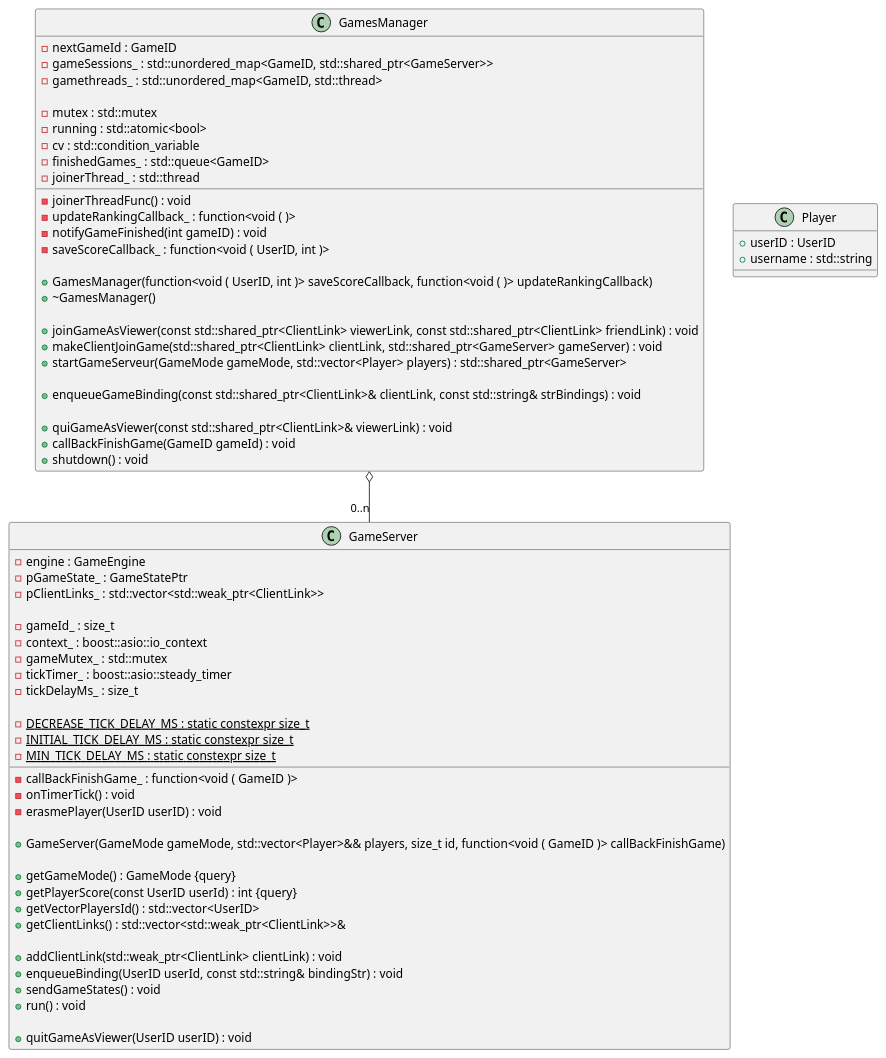
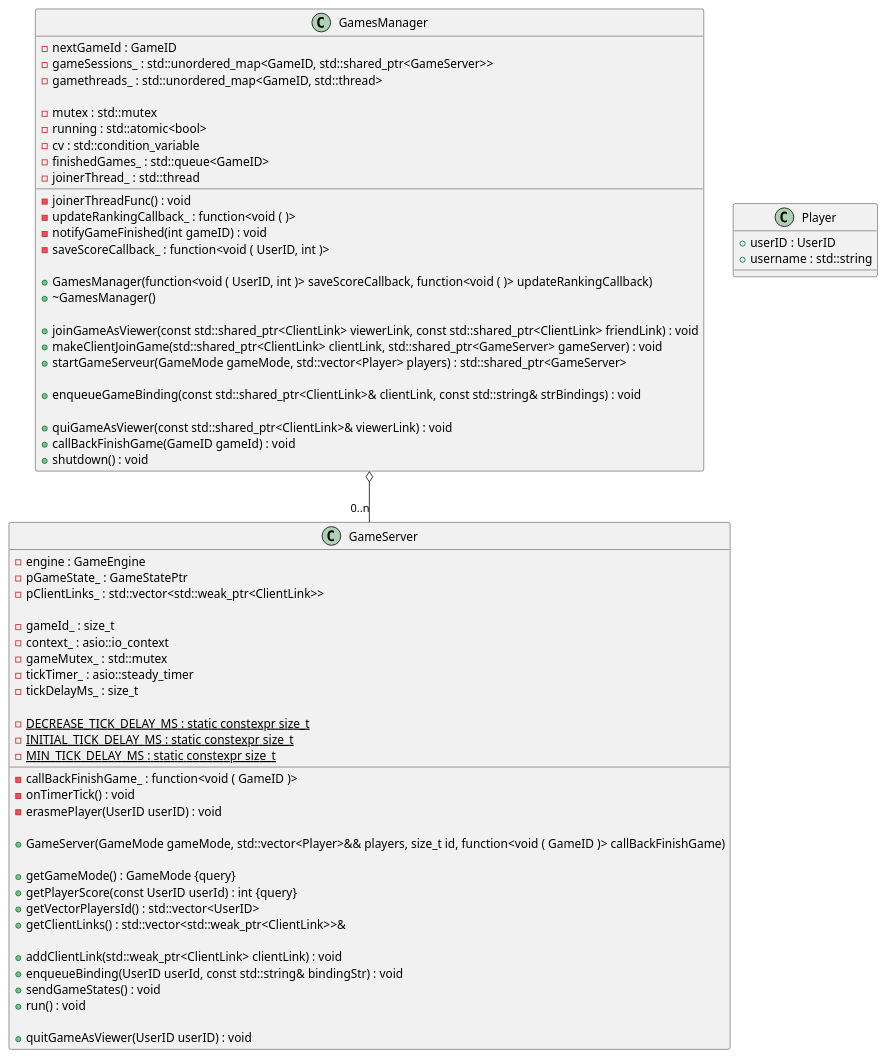
One commit to ulb-info2-group5/Royal-Blocks changed the diagram in doc/uml/class/server/GameServerClass.plantuml. Above: the diagram before and after it, drawn with PlantUML. The commit also changed 26 other files, not shown here.

Commit message:
use asio instead of boost.asio and FetchContent asio

```diff
--- a/doc/uml/class/server/GameServerClass.plantuml
+++ b/doc/uml/class/server/GameServerClass.plantuml
@@ -1,92 +1,92 @@
 @startuml GameServerClass
 
 
 
 
 
 /' Objects '/
 class GamesManager {
 	-nextGameId : GameID
 	-gameSessions_ : std::unordered_map<GameID, std::shared_ptr<GameServer>>
 	-gamethreads_ : std::unordered_map<GameID, std::thread>
 
 	-mutex : std::mutex
 	-running : std::atomic<bool>
 	-cv : std::condition_variable
 	-finishedGames_ : std::queue<GameID>
 	-joinerThread_ : std::thread
 
 	-joinerThreadFunc() : void
 	-updateRankingCallback_ : function<void ( )>
 	-notifyGameFinished(int gameID) : void
 	-saveScoreCallback_ : function<void ( UserID, int )>
 
 	+GamesManager(function<void ( UserID, int )> saveScoreCallback, function<void ( )> updateRankingCallback)
 	+~GamesManager()
 
 	+joinGameAsViewer(const std::shared_ptr<ClientLink> viewerLink, const std::shared_ptr<ClientLink> friendLink) : void
 	+makeClientJoinGame(std::shared_ptr<ClientLink> clientLink, std::shared_ptr<GameServer> gameServer) : void
 	+startGameServeur(GameMode gameMode, std::vector<Player> players) : std::shared_ptr<GameServer>
 
 	+enqueueGameBinding(const std::shared_ptr<ClientLink>& clientLink, const std::string& strBindings) : void
 
 	+quiGameAsViewer(const std::shared_ptr<ClientLink>& viewerLink) : void
 	+callBackFinishGame(GameID gameId) : void
 	+shutdown() : void
 }
 
 class GameServer {
 	-engine : GameEngine
 	-pGameState_ : GameStatePtr
 	-pClientLinks_ : std::vector<std::weak_ptr<ClientLink>>
 
 	-gameId_ : size_t
-	-context_ : boost::asio::io_context
+	-context_ : asio::io_context
 	-gameMutex_ : std::mutex
-	-tickTimer_ : boost::asio::steady_timer
+	-tickTimer_ : asio::steady_timer
 	-tickDelayMs_ : size_t
 
 	-{static} DECREASE_TICK_DELAY_MS : static constexpr size_t
 	-{static} INITIAL_TICK_DELAY_MS : static constexpr size_t
 	-{static} MIN_TICK_DELAY_MS : static constexpr size_t
 	
 	-callBackFinishGame_ : function<void ( GameID )>
 	-onTimerTick() : void
 	-erasmePlayer(UserID userID) : void
 
 	+GameServer(GameMode gameMode, std::vector<Player>&& players, size_t id, function<void ( GameID )> callBackFinishGame)
 
 	+getGameMode() : GameMode {query}
 	+getPlayerScore(const UserID userId) : int {query}
 	+getVectorPlayersId() : std::vector<UserID>
 	+getClientLinks() : std::vector<std::weak_ptr<ClientLink>>&
 	
 	+addClientLink(std::weak_ptr<ClientLink> clientLink) : void
 	+enqueueBinding(UserID userId, const std::string& bindingStr) : void
 	+sendGameStates() : void
 	+run() : void
 
 	+quitGameAsViewer(UserID userID) : void
 }
 
 class Player {
 	+userID : UserID
 	+username : std::string
 }
 
 
 /' Inheritance relationships '/
 
 
 
 
 /' Aggregation relationships '/
 
 GamesManager o--"0..n" GameServer
 
 
 /' Nested objects '/
 
 
 
 @enduml
```
